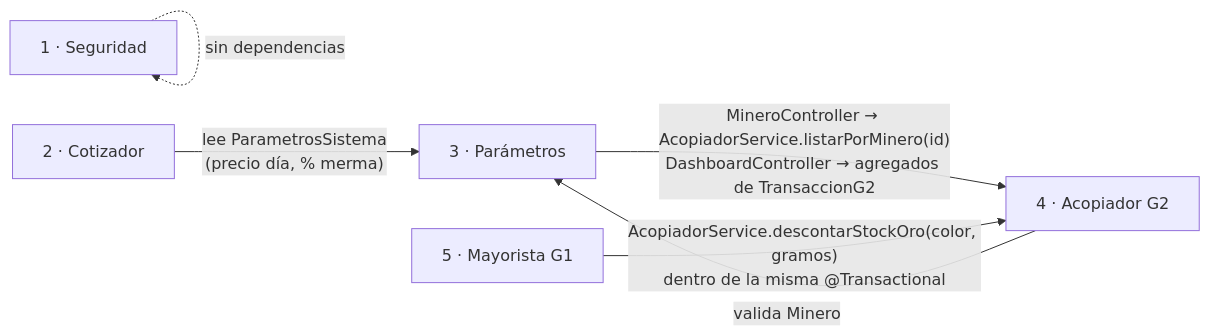
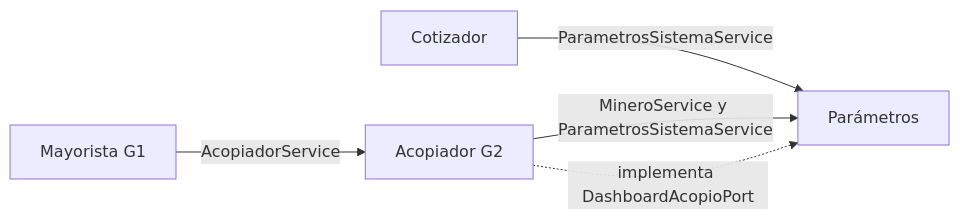
One commit to helionelio900-hub/SysProyec_Acopus changed the diagram in docs/proyecto-integrador/u1/lp2-comunicacion-modulos.md. Above: the diagram before and after it, drawn with Mermaid. The commit also changed other lines of this file and 179 other files, not shown here.

````diff
--- a/docs/proyecto-integrador/u1/lp2-comunicacion-modulos.md
+++ b/docs/proyecto-integrador/u1/lp2-comunicacion-modulos.md
@@ -24,15 +20,7 @@
 ```mermaid
 graph LR
-    SEG[1 · Seguridad]
-    COT[2 · Cotizador]
-    PAR[3 · Parámetros]
-    ACO[4 · Acopiador G2]
-    MAY[5 · Mayorista G1]
-
-    COT -- "lee ParametrosSistema<br/>(precio día, % merma)" --> PAR
-    ACO -- "valida Minero" --> PAR
-    PAR -- "MineroController → AcopiadorService.listarPorMinero(id)<br/>DashboardController → agregados de TransaccionG2" --> ACO
-    MAY -- "AcopiadorService.descontarStockOro(color, gramos)<br/>dentro de la misma @Transactional" --> ACO
-
-    SEG -.->|sin dependencias| SEG
+    COT[Cotizador] -->|ParametrosSistemaService| PAR[Parámetros]
+    ACO[Acopiador G2] -->|MineroService y ParametrosSistemaService| PAR
+    MAY[Mayorista G1] -->|AcopiadorService| ACO
+    ACO -. implementa DashboardAcopioPort .-> PAR
 ```
````
